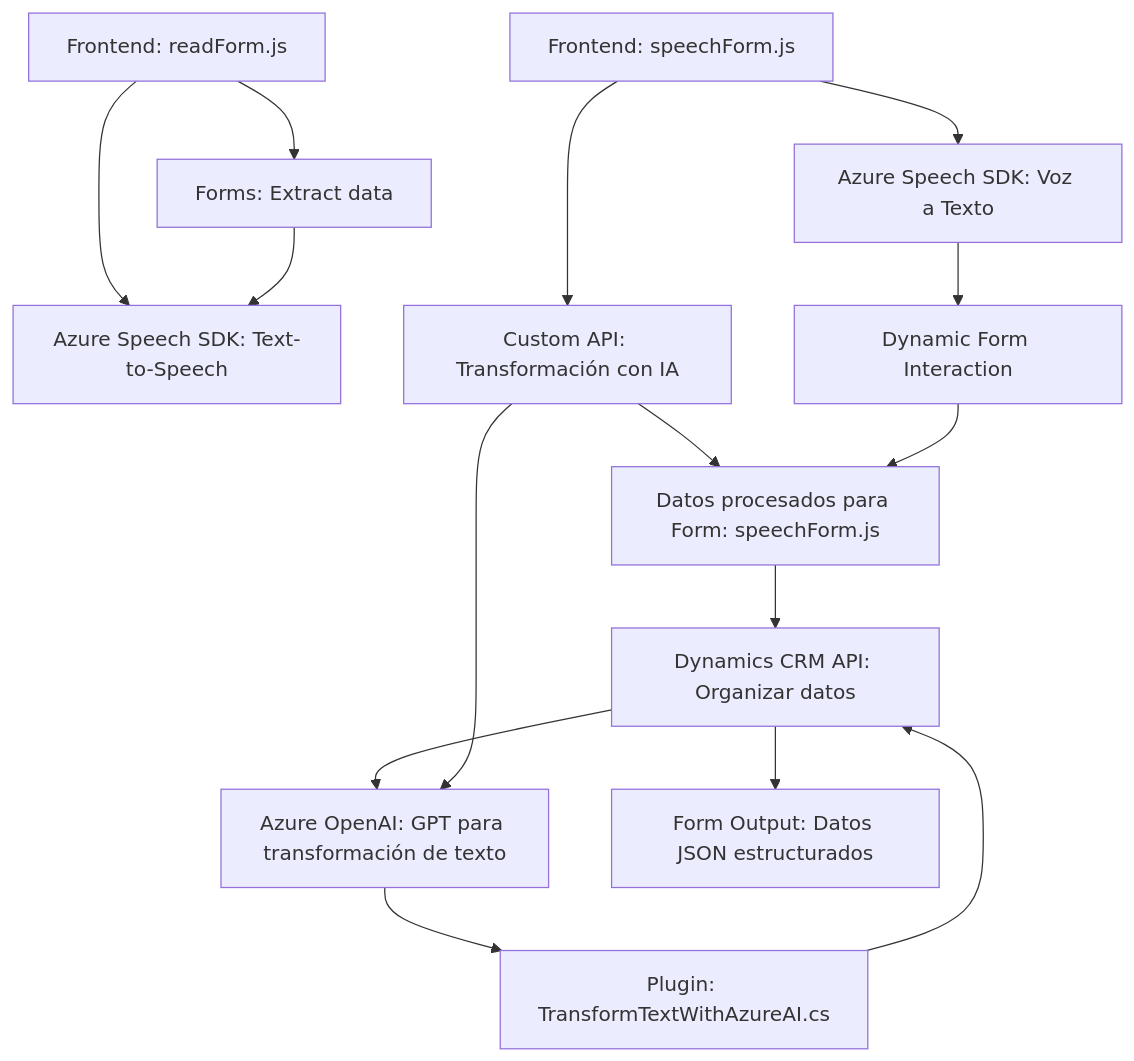
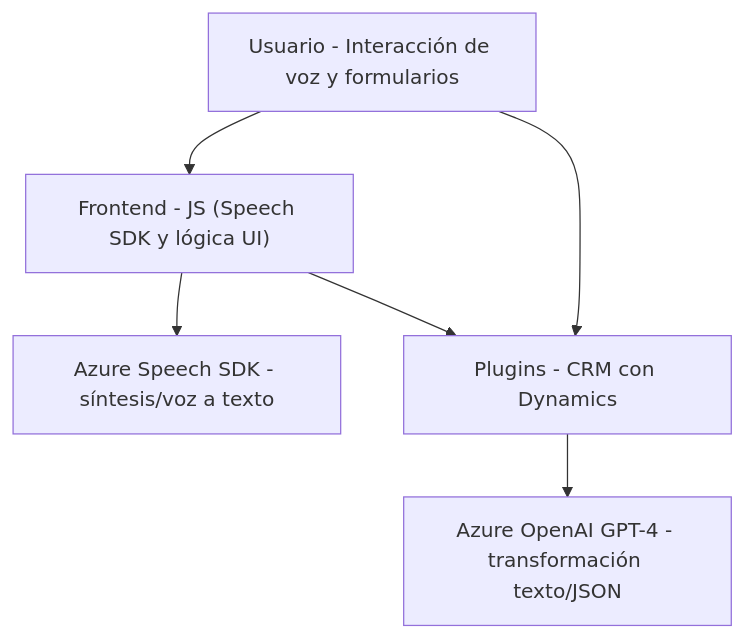
Before and after one commit to blopezdm/NETCORE_BILBAO2025: the diagram in README.md, drawn with Mermaid. The commit also changed other lines of this file, not shown here.

Commit message:
Actualizar análisis global de la solución con IA

````diff
--- a/README.md
+++ b/README.md
@@ -62,17 +49,14 @@
 ```mermaid
 graph TD
-    A["Frontend: readForm.js"] --> B["Azure Speech SDK: Text-to-Speech"]
-    A --> C["Forms: Extract data"]
-    C --> B
-    D["Frontend: speechForm.js"] --> E["Azure Speech SDK: Voz a Texto"]
-    E --> F["Dynamic Form Interaction"]
-    D --> G["Custom API: Transformación con IA"]
-    G --> H["Datos procesados para Form: speechForm.js"]
-    F --> H
-    I["Plugin: TransformTextWithAzureAI.cs"] --> J["Dynamics CRM API: Organizar datos"]
-    J --> K["Azure OpenAI: GPT para transformación de texto"]
-    K --> I
-    H --> J
-    G --> K
-    J --> L["Form Output: Datos JSON estructurados"]
+    A["Usuario - Interacción de voz y formularios"]
+    B["Frontend - JS (Speech SDK y lógica UI)"]
+    C["Azure Speech SDK - síntesis/voz a texto"]
+    D["Plugins - CRM con Dynamics"]
+    E["Azure OpenAI GPT-4 - transformación texto/JSON"]
+
+    A --> B
+    B --> C
+    A --> D
+    D --> E
+    B --> D
 ```
````
